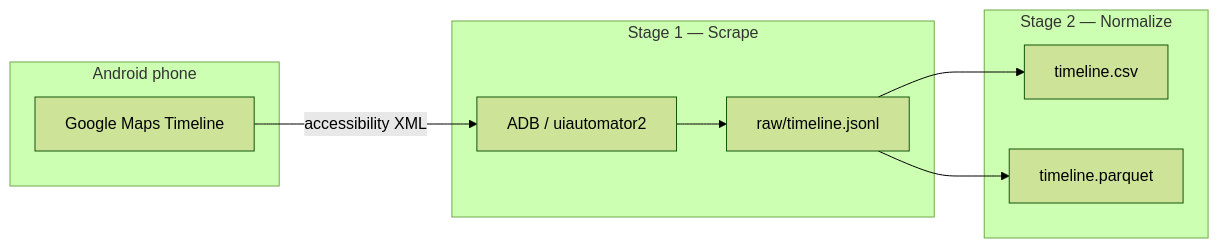
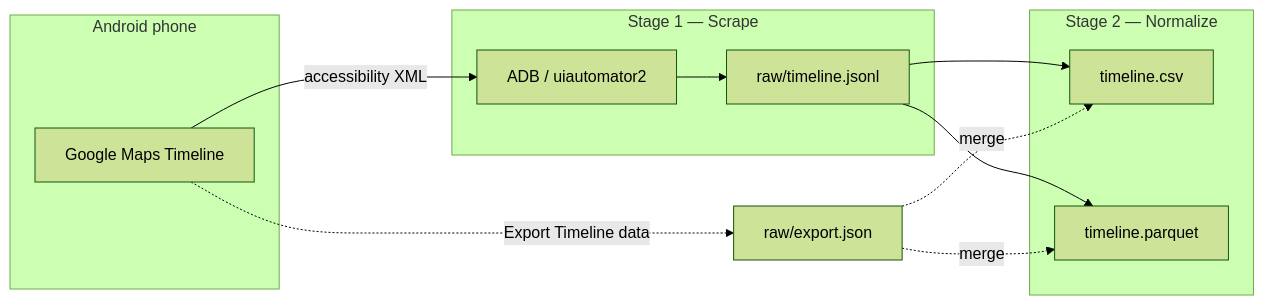
The diagram in README.md (adanmauri/maps-timeline), drawn with Mermaid (forest theme) before and after one commit. The commit also changed other lines of this file and 25 other files, not shown here.

First line of the commit message:
feat: merge the official Timeline export and let it plan the scrape

````diff
--- a/README.md
+++ b/README.md
@@ -80,18 +87,21 @@
 ```mermaid
 flowchart LR
   subgraph phone [Android phone]
     Maps[Google Maps Timeline]
   end
   subgraph stage1 [Stage 1 — Scrape]
     ADB[ADB / uiautomator2]
     JSONL[raw/timeline.jsonl]
   end
   subgraph stage2 [Stage 2 — Normalize]
     CSV[timeline.csv]
     PQ[timeline.parquet]
   end
   Maps -->|accessibility XML| ADB
   ADB --> JSONL
   JSONL --> CSV
   JSONL --> PQ
+  Maps -.->|Export Timeline data| EXP[raw/export.json]
+  EXP -.->|merge| CSV
+  EXP -.->|merge| PQ
 ```
````
